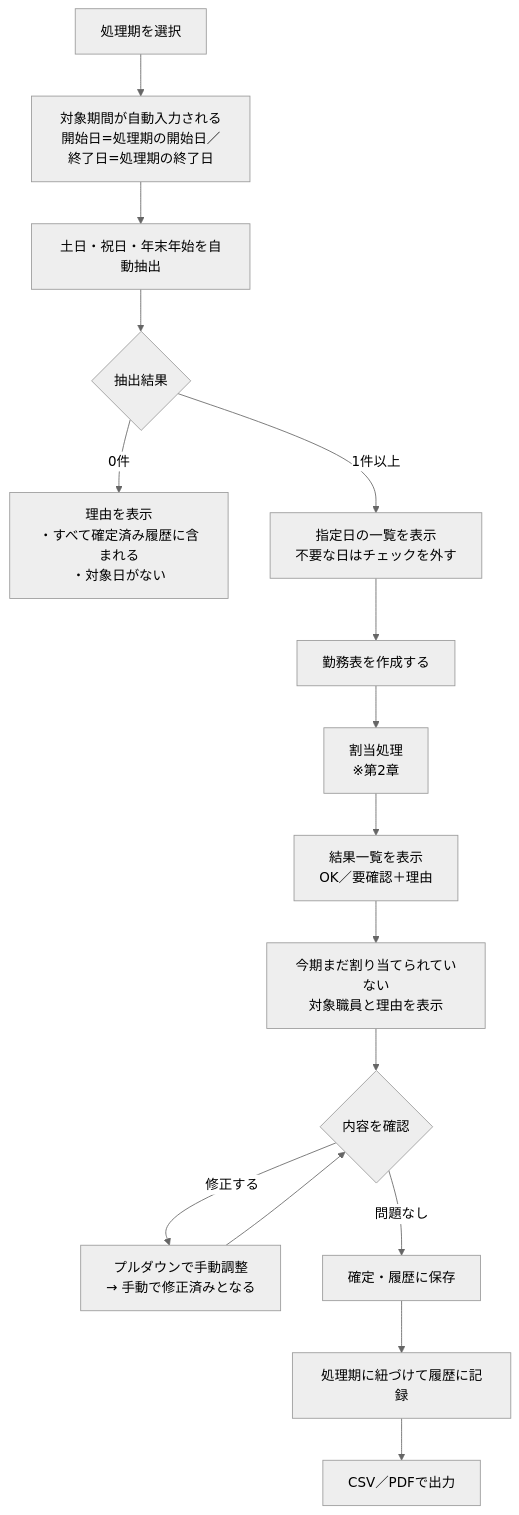
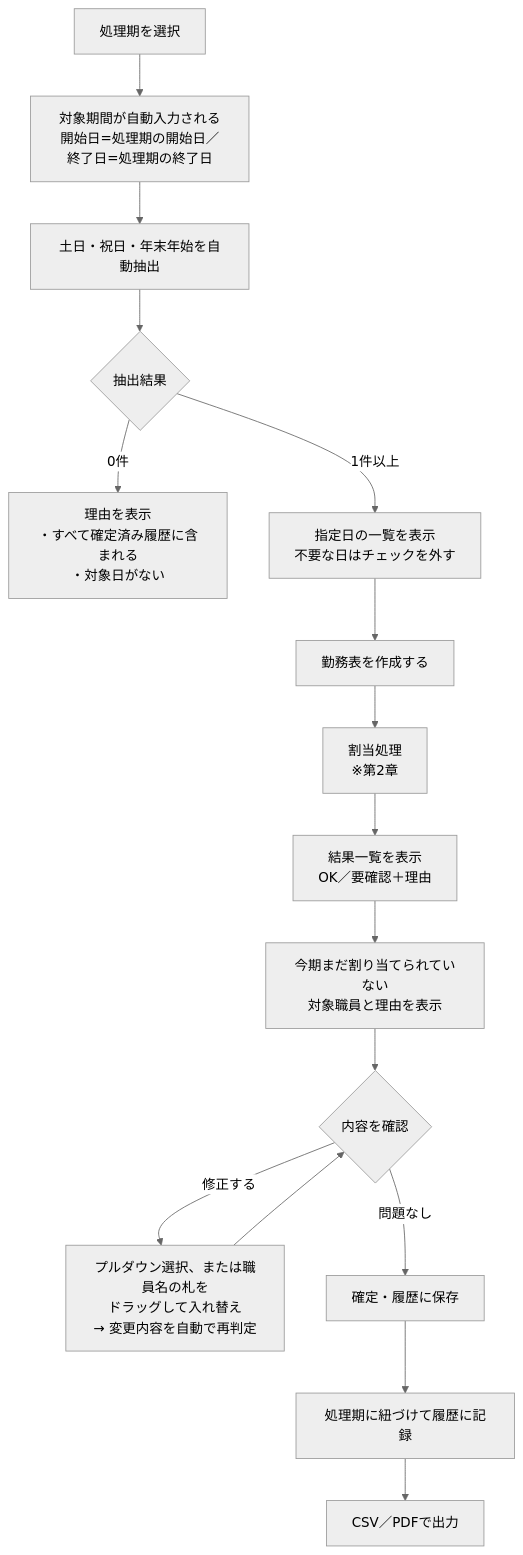
One commit to Yusei0003/2000 changed the first of 4 diagrams in docs/勤務表作成フロー.md. Above: the diagram before and after it, drawn with Mermaid (neutral theme). The commit also changed other lines of this file and 6 other files, not shown here.

````diff
--- a/docs/勤務表作成フロー.md
+++ b/docs/勤務表作成フロー.md
@@ -16,18 +16,18 @@
 ```mermaid
 flowchart TD
     A[処理期を選択] --> B[対象期間が自動入力される<br/>開始日=処理期の開始日／終了日=処理期の終了日]
     B --> C[土日・祝日・年末年始を自動抽出]
     C --> D{抽出結果}
     D -->|0件| E[理由を表示<br/>・すべて確定済み履歴に含まれる<br/>・対象日がない]
     D -->|1件以上| F[指定日の一覧を表示<br/>不要な日はチェックを外す]
     F --> G[勤務表を作成する]
     G --> H[割当処理<br/>※第2章]
     H --> I[結果一覧を表示<br/>OK／要確認＋理由]
     I --> J[今期まだ割り当てられていない<br/>対象職員と理由を表示]
     J --> K{内容を確認}
-    K -->|修正する| L[プルダウンで手動調整<br/>→ 手動で修正済みとなる]
+    K -->|修正する| L[プルダウン選択、または職員名の札を<br/>ドラッグして入れ替え<br/>→ 変更内容を自動で再判定]
     L --> K
     K -->|問題なし| M[確定・履歴に保存]
     M --> N[処理期に紐づけて履歴に記録]
     N --> O[CSV／PDFで出力]
 ```
````
